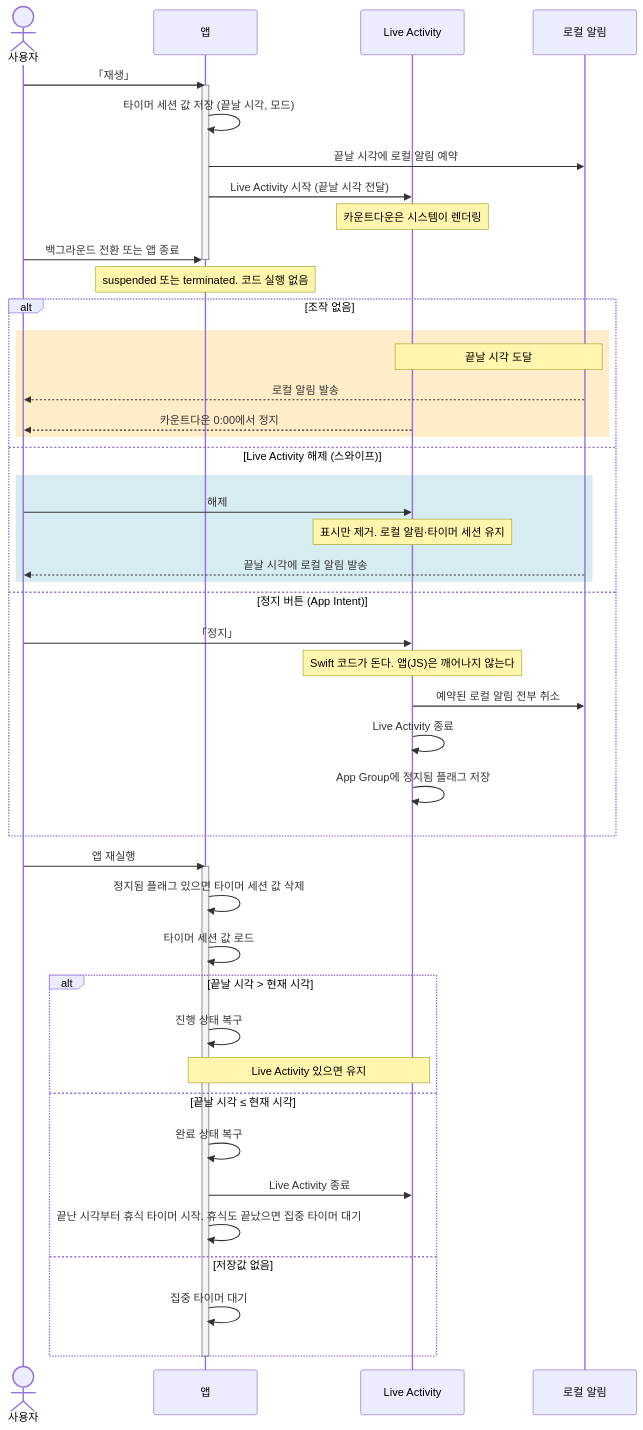
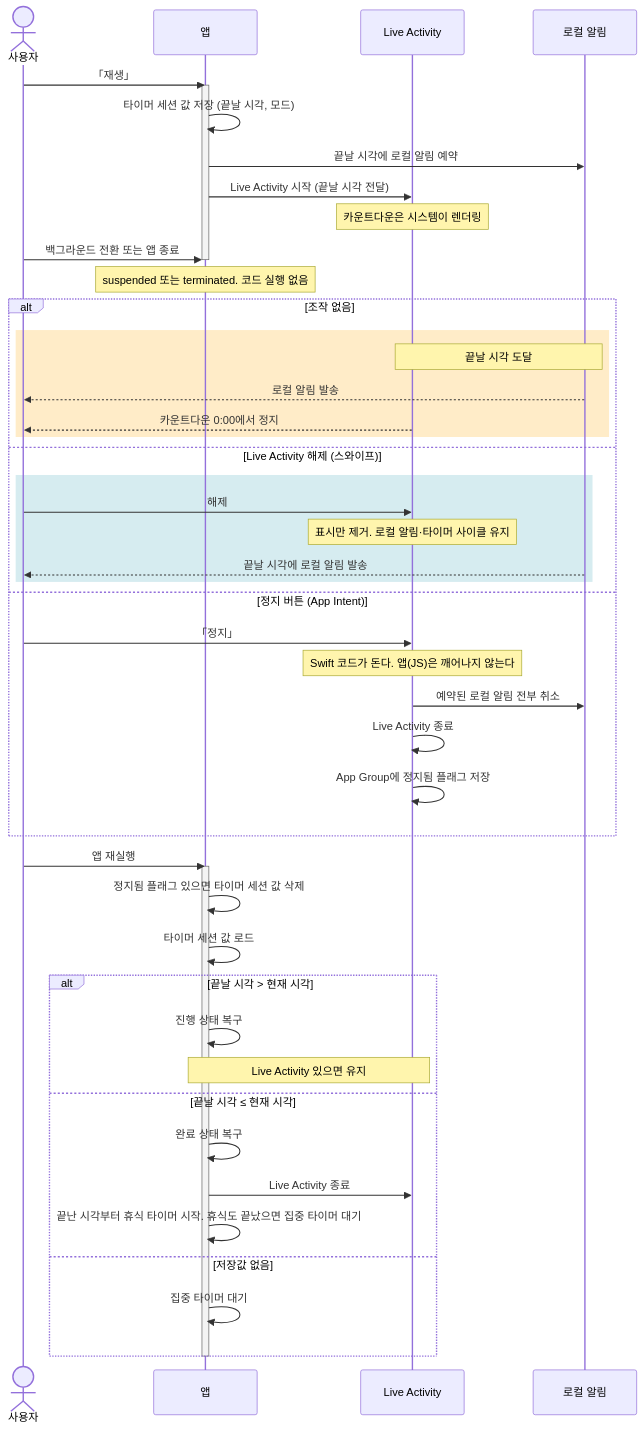
One commit to Bori-github/tadaktadak changed the diagram in SPEC.md. Above: the diagram before and after it, drawn with Mermaid. The commit also changed other lines of this file and 10 other files, not shown here.

First line of the commit message:
test: 타이머 사이클 E2E와 testID 규칙 (#45)

````diff
--- a/SPEC.md
+++ b/SPEC.md
@@ -16,54 +16,54 @@
 ```mermaid
 sequenceDiagram
     actor U as 사용자
     participant A as 앱
     participant L as Live Activity
     participant N as 로컬 알림
 
     U->>A: 「재생」
     activate A
     A->>A: 타이머 세션 값 저장 (끝날 시각, 모드)
     A->>N: 끝날 시각에 로컬 알림 예약
     A->>L: Live Activity 시작 (끝날 시각 전달)
     Note over L: 카운트다운은 시스템이 렌더링
 
     U->>A: 백그라운드 전환 또는 앱 종료
     deactivate A
     Note over A: suspended 또는 terminated. 코드 실행 없음
 
     alt 조작 없음
         rect rgb(255, 236, 200)
             Note over L,N: 끝날 시각 도달
             N-->>U: 로컬 알림 발송
             L-->>U: 카운트다운 0:00에서 정지
         end
     else Live Activity 해제 (스와이프)
         rect rgb(214, 236, 240)
             U->>L: 해제
-            Note over L: 표시만 제거. 로컬 알림·타이머 세션 유지
+            Note over L: 표시만 제거. 로컬 알림·타이머 사이클 유지
             N-->>U: 끝날 시각에 로컬 알림 발송
         end
     else 정지 버튼 (App Intent)
         U->>L: 「정지」
         Note over L: Swift 코드가 돈다. 앱(JS)은 깨어나지 않는다
         L->>N: 예약된 로컬 알림 전부 취소
         L->>L: Live Activity 종료
         L->>L: App Group에 정지됨 플래그 저장
     end
 
     U->>A: 앱 재실행
     activate A
     A->>A: 정지됨 플래그 있으면 타이머 세션 값 삭제
     A->>A: 타이머 세션 값 로드
     alt 끝날 시각 > 현재 시각
         A->>A: 진행 상태 복구
         Note over A,L: Live Activity 있으면 유지
     else 끝날 시각 ≤ 현재 시각
         A->>A: 완료 상태 복구
         A->>L: Live Activity 종료
         A->>A: 끝난 시각부터 휴식 타이머 시작. 휴식도 끝났으면 집중 타이머 대기
     else 저장값 없음
         A->>A: 집중 타이머 대기
     end
     deactivate A
 ```
````
